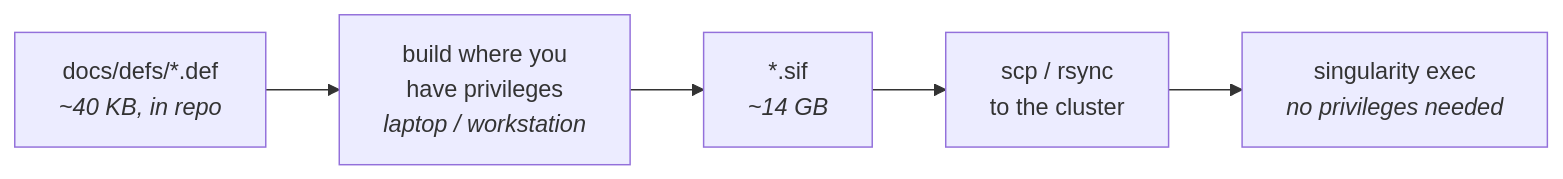
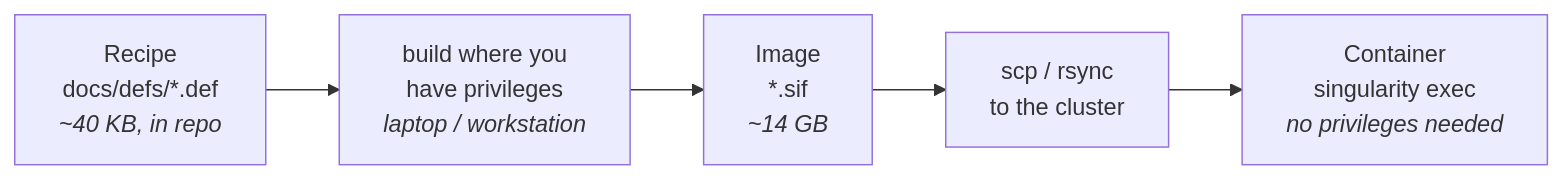
One commit to swaruplabUCI/FORGE changed the diagram in docs/setup/containers.md. Above: the diagram before and after it, drawn with Mermaid. The commit also changed other lines of this file, not shown here.

````diff
--- a/docs/setup/containers.md
+++ b/docs/setup/containers.md
@@ -47,7 +46,7 @@
 ```mermaid
 flowchart LR
-    D["docs/defs/*.def<br/><i>~40 KB, in repo</i>"] --> B["build where you<br/>have privileges<br/><i>laptop / workstation</i>"]
-    B --> S["*.sif<br/><i>~14 GB</i>"]
+    D["Recipe<br/>docs/defs/*.def<br/><i>~40 KB, in repo</i>"] --> B["build where you<br/>have privileges<br/><i>laptop / workstation</i>"]
+    B --> S["Image<br/>*.sif<br/><i>~14 GB</i>"]
     S --> T["scp / rsync<br/>to the cluster"]
-    T --> R["singularity exec<br/><i>no privileges needed</i>"]
+    T --> R["Container<br/>singularity exec<br/><i>no privileges needed</i>"]
 ```
````
